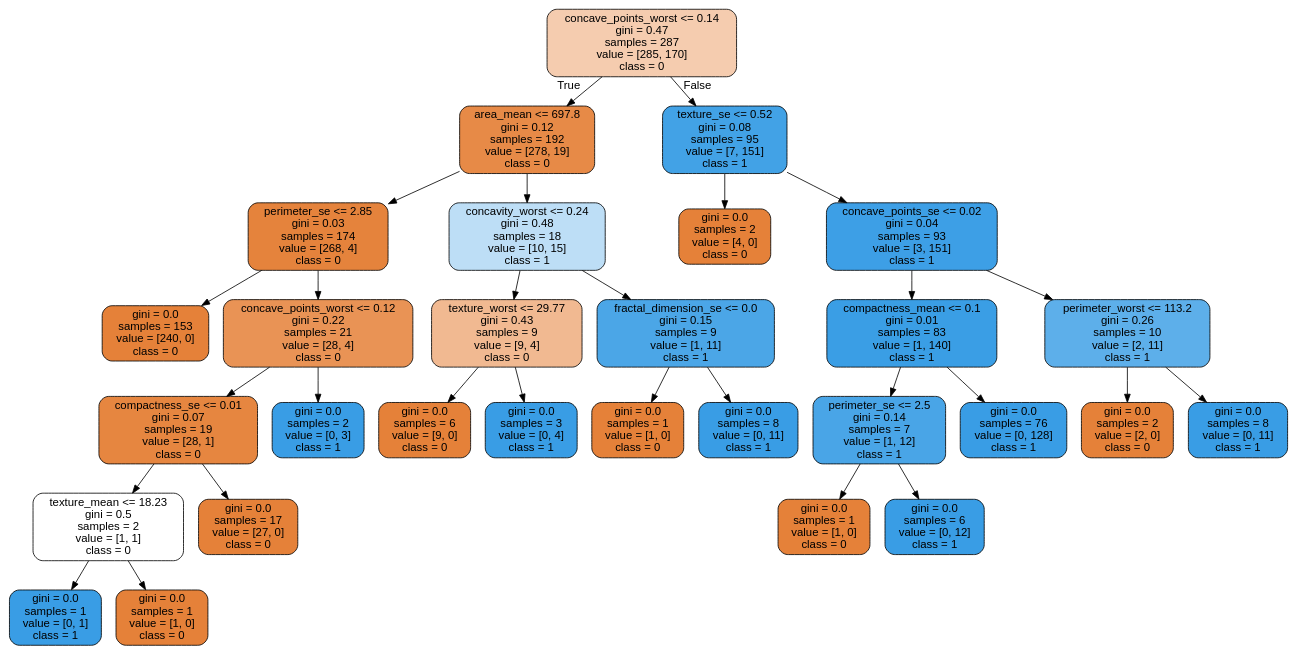
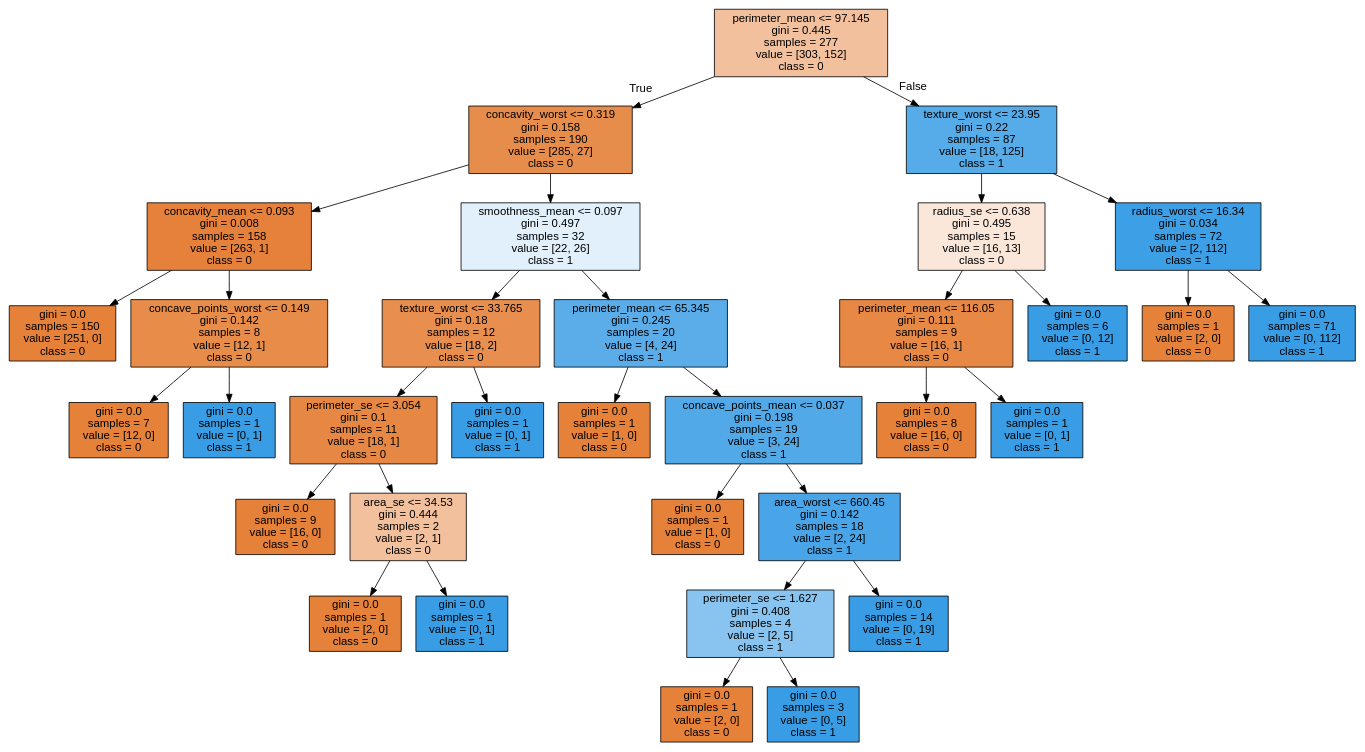
The diagram in data/breast-cancer/tree.dot (cyrilvincent/ML), drawn with Graphviz before and after one commit. The commit also changed 2 other files, not shown here.

```diff
--- a/data/breast-cancer/tree.dot
+++ b/data/breast-cancer/tree.dot
@@ -1,61 +1,69 @@
 digraph Tree {
-node [shape=box, style="filled, rounded", color="black", fontname=helvetica] ;
-edge [fontname=helvetica] ;
-0 [label="concave_points_worst <= 0.14\ngini = 0.47\nsamples = 287\nvalue = [285, 170]\nclass = 0", fillcolor="#f5ccaf"] ;
-1 [label="area_mean <= 697.8\ngini = 0.12\nsamples = 192\nvalue = [278, 19]\nclass = 0", fillcolor="#e78a47"] ;
+node [shape=box, style="filled", color="black", fontname="helvetica"] ;
+edge [fontname="helvetica"] ;
+0 [label="perimeter_mean <= 97.145\ngini = 0.445\nsamples = 277\nvalue = [303, 152]\nclass = 0", fillcolor="#f2c09c"] ;
+1 [label="concavity_worst <= 0.319\ngini = 0.158\nsamples = 190\nvalue = [285, 27]\nclass = 0", fillcolor="#e78d4c"] ;
 0 -> 1 [labeldistance=2.5, labelangle=45, headlabel="True"] ;
-2 [label="perimeter_se <= 2.85\ngini = 0.03\nsamples = 174\nvalue = [268, 4]\nclass = 0", fillcolor="#e5833c"] ;
+2 [label="concavity_mean <= 0.093\ngini = 0.008\nsamples = 158\nvalue = [263, 1]\nclass = 0", fillcolor="#e5813a"] ;
 1 -> 2 ;
-3 [label="gini = 0.0\nsamples = 153\nvalue = [240, 0]\nclass = 0", fillcolor="#e58139"] ;
+3 [label="gini = 0.0\nsamples = 150\nvalue = [251, 0]\nclass = 0", fillcolor="#e58139"] ;
 2 -> 3 ;
-4 [label="concave_points_worst <= 0.12\ngini = 0.22\nsamples = 21\nvalue = [28, 4]\nclass = 0", fillcolor="#e99355"] ;
+4 [label="concave_points_worst <= 0.149\ngini = 0.142\nsamples = 8\nvalue = [12, 1]\nclass = 0", fillcolor="#e78c49"] ;
 2 -> 4 ;
-5 [label="compactness_se <= 0.01\ngini = 0.07\nsamples = 19\nvalue = [28, 1]\nclass = 0", fillcolor="#e68640"] ;
+5 [label="gini = 0.0\nsamples = 7\nvalue = [12, 0]\nclass = 0", fillcolor="#e58139"] ;
 4 -> 5 ;
-6 [label="texture_mean <= 18.23\ngini = 0.5\nsamples = 2\nvalue = [1, 1]\nclass = 0", fillcolor="#ffffff"] ;
-5 -> 6 ;
-7 [label="gini = 0.0\nsamples = 1\nvalue = [0, 1]\nclass = 1", fillcolor="#399de5"] ;
-6 -> 7 ;
-8 [label="gini = 0.0\nsamples = 1\nvalue = [1, 0]\nclass = 0", fillcolor="#e58139"] ;
-6 -> 8 ;
-9 [label="gini = 0.0\nsamples = 17\nvalue = [27, 0]\nclass = 0", fillcolor="#e58139"] ;
-5 -> 9 ;
-10 [label="gini = 0.0\nsamples = 2\nvalue = [0, 3]\nclass = 1", fillcolor="#399de5"] ;
-4 -> 10 ;
-11 [label="concavity_worst <= 0.24\ngini = 0.48\nsamples = 18\nvalue = [10, 15]\nclass = 1", fillcolor="#bddef6"] ;
-1 -> 11 ;
-12 [label="texture_worst <= 29.77\ngini = 0.43\nsamples = 9\nvalue = [9, 4]\nclass = 0", fillcolor="#f1b991"] ;
+6 [label="gini = 0.0\nsamples = 1\nvalue = [0, 1]\nclass = 1", fillcolor="#399de5"] ;
+4 -> 6 ;
+7 [label="smoothness_mean <= 0.097\ngini = 0.497\nsamples = 32\nvalue = [22, 26]\nclass = 1", fillcolor="#e1f0fb"] ;
+1 -> 7 ;
+8 [label="texture_worst <= 33.765\ngini = 0.18\nsamples = 12\nvalue = [18, 2]\nclass = 0", fillcolor="#e88f4f"] ;
+7 -> 8 ;
+9 [label="perimeter_se <= 3.054\ngini = 0.1\nsamples = 11\nvalue = [18, 1]\nclass = 0", fillcolor="#e68844"] ;
+8 -> 9 ;
+10 [label="gini = 0.0\nsamples = 9\nvalue = [16, 0]\nclass = 0", fillcolor="#e58139"] ;
+9 -> 10 ;
+11 [label="area_se <= 34.53\ngini = 0.444\nsamples = 2\nvalue = [2, 1]\nclass = 0", fillcolor="#f2c09c"] ;
+9 -> 11 ;
+12 [label="gini = 0.0\nsamples = 1\nvalue = [2, 0]\nclass = 0", fillcolor="#e58139"] ;
 11 -> 12 ;
-13 [label="gini = 0.0\nsamples = 6\nvalue = [9, 0]\nclass = 0", fillcolor="#e58139"] ;
-12 -> 13 ;
-14 [label="gini = 0.0\nsamples = 3\nvalue = [0, 4]\nclass = 1", fillcolor="#399de5"] ;
-12 -> 14 ;
-15 [label="fractal_dimension_se <= 0.0\ngini = 0.15\nsamples = 9\nvalue = [1, 11]\nclass = 1", fillcolor="#4ba6e7"] ;
-11 -> 15 ;
+13 [label="gini = 0.0\nsamples = 1\nvalue = [0, 1]\nclass = 1", fillcolor="#399de5"] ;
+11 -> 13 ;
+14 [label="gini = 0.0\nsamples = 1\nvalue = [0, 1]\nclass = 1", fillcolor="#399de5"] ;
+8 -> 14 ;
+15 [label="perimeter_mean <= 65.345\ngini = 0.245\nsamples = 20\nvalue = [4, 24]\nclass = 1", fillcolor="#5aade9"] ;
+7 -> 15 ;
 16 [label="gini = 0.0\nsamples = 1\nvalue = [1, 0]\nclass = 0", fillcolor="#e58139"] ;
 15 -> 16 ;
-17 [label="gini = 0.0\nsamples = 8\nvalue = [0, 11]\nclass = 1", fillcolor="#399de5"] ;
+17 [label="concave_points_mean <= 0.037\ngini = 0.198\nsamples = 19\nvalue = [3, 24]\nclass = 1", fillcolor="#52a9e8"] ;
 15 -> 17 ;
-18 [label="texture_se <= 0.52\ngini = 0.08\nsamples = 95\nvalue = [7, 151]\nclass = 1", fillcolor="#42a2e6"] ;
-0 -> 18 [labeldistance=2.5, labelangle=-45, headlabel="False"] ;
-19 [label="gini = 0.0\nsamples = 2\nvalue = [4, 0]\nclass = 0", fillcolor="#e58139"] ;
-18 -> 19 ;
-20 [label="concave_points_se <= 0.02\ngini = 0.04\nsamples = 93\nvalue = [3, 151]\nclass = 1", fillcolor="#3d9fe6"] ;
-18 -> 20 ;
-21 [label="compactness_mean <= 0.1\ngini = 0.01\nsamples = 83\nvalue = [1, 140]\nclass = 1", fillcolor="#3a9ee5"] ;
+18 [label="gini = 0.0\nsamples = 1\nvalue = [1, 0]\nclass = 0", fillcolor="#e58139"] ;
+17 -> 18 ;
+19 [label="area_worst <= 660.45\ngini = 0.142\nsamples = 18\nvalue = [2, 24]\nclass = 1", fillcolor="#49a5e7"] ;
+17 -> 19 ;
+20 [label="perimeter_se <= 1.627\ngini = 0.408\nsamples = 4\nvalue = [2, 5]\nclass = 1", fillcolor="#88c4ef"] ;
+19 -> 20 ;
+21 [label="gini = 0.0\nsamples = 1\nvalue = [2, 0]\nclass = 0", fillcolor="#e58139"] ;
 20 -> 21 ;
-22 [label="perimeter_se <= 2.5\ngini = 0.14\nsamples = 7\nvalue = [1, 12]\nclass = 1", fillcolor="#49a5e7"] ;
-21 -> 22 ;
-23 [label="gini = 0.0\nsamples = 1\nvalue = [1, 0]\nclass = 0", fillcolor="#e58139"] ;
-22 -> 23 ;
-24 [label="gini = 0.0\nsamples = 6\nvalue = [0, 12]\nclass = 1", fillcolor="#399de5"] ;
-22 -> 24 ;
-25 [label="gini = 0.0\nsamples = 76\nvalue = [0, 128]\nclass = 1", fillcolor="#399de5"] ;
-21 -> 25 ;
-26 [label="perimeter_worst <= 113.2\ngini = 0.26\nsamples = 10\nvalue = [2, 11]\nclass = 1", fillcolor="#5dafea"] ;
-20 -> 26 ;
-27 [label="gini = 0.0\nsamples = 2\nvalue = [2, 0]\nclass = 0", fillcolor="#e58139"] ;
+22 [label="gini = 0.0\nsamples = 3\nvalue = [0, 5]\nclass = 1", fillcolor="#399de5"] ;
+20 -> 22 ;
+23 [label="gini = 0.0\nsamples = 14\nvalue = [0, 19]\nclass = 1", fillcolor="#399de5"] ;
+19 -> 23 ;
+24 [label="texture_worst <= 23.95\ngini = 0.22\nsamples = 87\nvalue = [18, 125]\nclass = 1", fillcolor="#56abe9"] ;
+0 -> 24 [labeldistance=2.5, labelangle=-45, headlabel="False"] ;
+25 [label="radius_se <= 0.638\ngini = 0.495\nsamples = 15\nvalue = [16, 13]\nclass = 0", fillcolor="#fae7da"] ;
+24 -> 25 ;
+26 [label="perimeter_mean <= 116.05\ngini = 0.111\nsamples = 9\nvalue = [16, 1]\nclass = 0", fillcolor="#e78945"] ;
+25 -> 26 ;
+27 [label="gini = 0.0\nsamples = 8\nvalue = [16, 0]\nclass = 0", fillcolor="#e58139"] ;
 26 -> 27 ;
-28 [label="gini = 0.0\nsamples = 8\nvalue = [0, 11]\nclass = 1", fillcolor="#399de5"] ;
+28 [label="gini = 0.0\nsamples = 1\nvalue = [0, 1]\nclass = 1", fillcolor="#399de5"] ;
 26 -> 28 ;
+29 [label="gini = 0.0\nsamples = 6\nvalue = [0, 12]\nclass = 1", fillcolor="#399de5"] ;
+25 -> 29 ;
+30 [label="radius_worst <= 16.34\ngini = 0.034\nsamples = 72\nvalue = [2, 112]\nclass = 1", fillcolor="#3d9fe5"] ;
+24 -> 30 ;
+31 [label="gini = 0.0\nsamples = 1\nvalue = [2, 0]\nclass = 0", fillcolor="#e58139"] ;
+30 -> 31 ;
+32 [label="gini = 0.0\nsamples = 71\nvalue = [0, 112]\nclass = 1", fillcolor="#399de5"] ;
+30 -> 32 ;
 }
```
